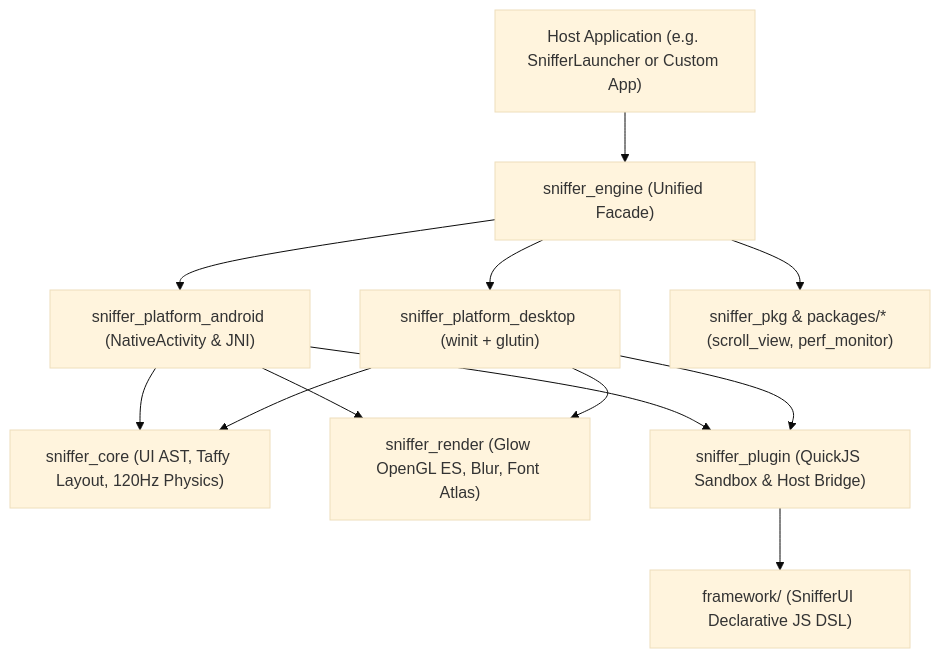
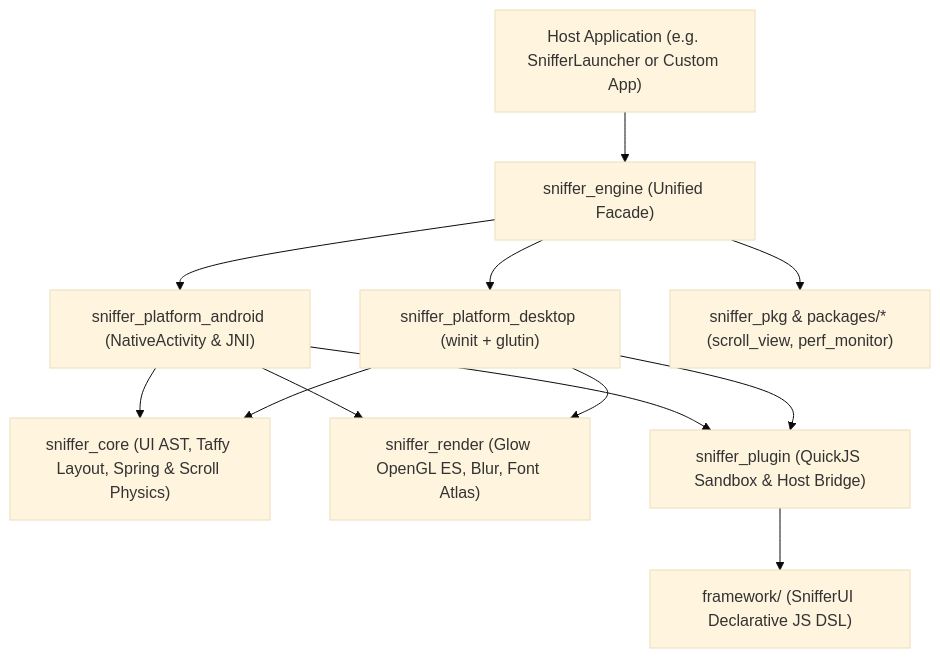
Before and after one commit to GreenKod/snifferengine: the diagram in README.md, drawn with Mermaid (base theme). The commit also changed other lines of this file and 2 other files, not shown here.

````diff
--- a/README.md
+++ b/README.md
@@ -26,14 +26,14 @@
 ```mermaid
 flowchart TD
     Host["Host Application (e.g. SnifferLauncher or Custom App)"] --> Facade["sniffer_engine (Unified Facade)"]
     Facade --> Android["sniffer_platform_android (NativeActivity & JNI)"]
     Facade --> Desktop["sniffer_platform_desktop (winit + glutin)"]
-    Android --> Core["sniffer_core (UI AST, Taffy Layout, 120Hz Physics)"]
+    Android --> Core["sniffer_core (UI AST, Taffy Layout, Spring & Scroll Physics)"]
     Desktop --> Core
     Android --> Render["sniffer_render (Glow OpenGL ES, Blur, Font Atlas)"]
     Desktop --> Render
     Android --> Plugin["sniffer_plugin (QuickJS Sandbox & Host Bridge)"]
     Desktop --> Plugin
     Plugin --> Framework["framework/ (SnifferUI Declarative JS DSL)"]
     Facade --> Pkg["sniffer_pkg & packages/* (scroll_view, perf_monitor)"]
 ```
````
